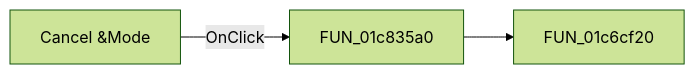
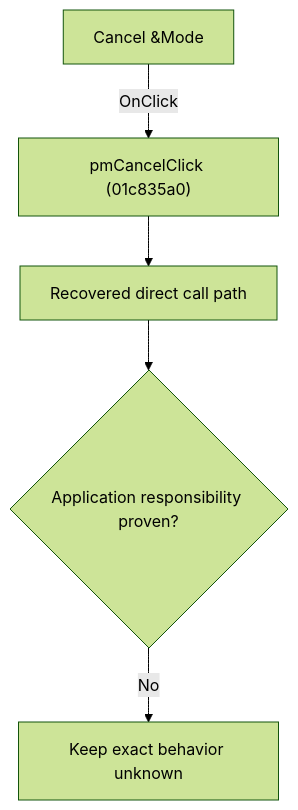
One commit to MovGP0/TIARA changed the diagram in docs/ui-controls/schematiceditor/pmcancel-242daec6c0.md. Above: the diagram before and after it, drawn with Mermaid (forest theme). The commit also changed other lines of this file and 1062 other files, not shown here.

````diff
--- a/docs/ui-controls/schematiceditor/pmcancel-242daec6c0.md
+++ b/docs/ui-controls/schematiceditor/pmcancel-242daec6c0.md
@@ -27,5 +27,7 @@
 ```mermaid
-flowchart LR
-    control["Cancel &Mode"] -->|OnClick| handler["FUN_01c835a0"]
-    handler --> call1["FUN_01c6cf20"]
+flowchart TD
+    control["Cancel &Mode"] -->|"OnClick"| handler["pmCancelClick (01c835a0)"]
+    handler --> recovered["Recovered direct call path"]
+    recovered --> gap{"Application responsibility proven?"}
+    gap -->|"No"| blocked["Keep exact behavior unknown"]
 ```
````
